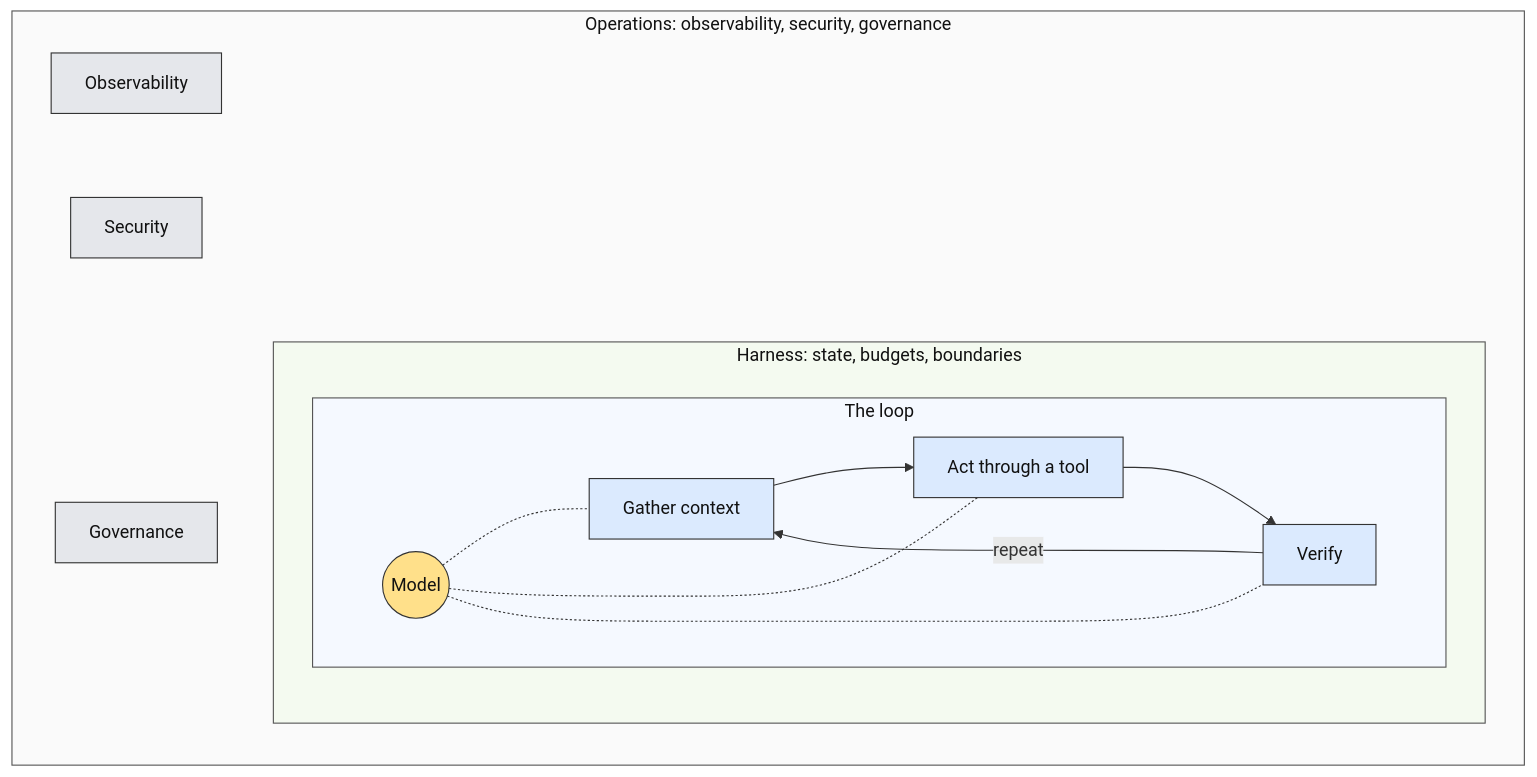
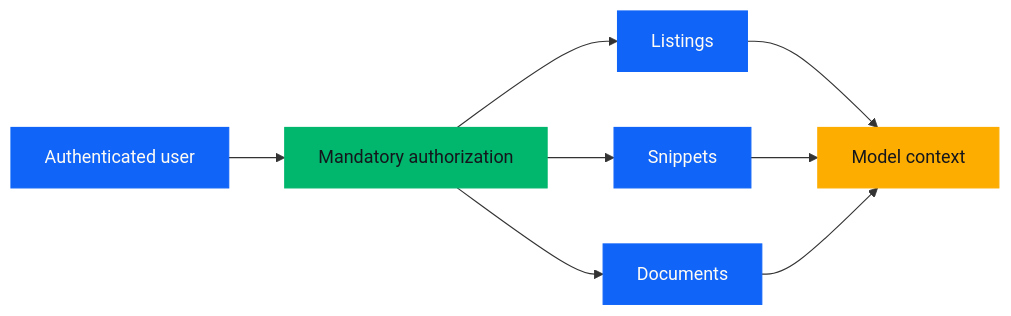
Before and after one commit to sequenzia/beyond-the-coding-agent-v0: the first of 4 diagrams in slides/02-anatomy.md, drawn with Mermaid. The commit also changed other lines of this file and 18 other files, not shown here.

````diff
--- a/slides/02-anatomy.md
+++ b/slides/02-anatomy.md
@@ -46,29 +148,13 @@
 ```mermaid
-flowchart TB
-  subgraph OPS["Operations: observability, security, governance"]
-    direction TB
-    subgraph HARNESS["Harness: state, budgets, boundaries"]
-      direction TB
-      subgraph LOOP["The loop"]
-        direction LR
-        M(("Model"))
-        G["Gather context"] --> A["Act through a tool"]
-        A --> V["Verify"]
-        V -- repeat --> G
-        M -.- G
-        M -.- A
-        M -.- V
-      end
-    end
-    OBS["Observability"] ~~~ SEC["Security"] ~~~ GOV["Governance"]
-  end
-  classDef model fill:#ffe08a,stroke:#333,color:#111
-  classDef step fill:#dbeafe,stroke:#333,color:#111
-  classDef ops fill:#e5e7eb,stroke:#333,color:#111
-  class M model
-  class G,A,V step
-  class OBS,SEC,GOV ops
-  style LOOP fill:#f5f9ff,stroke:#555,color:#111
-  style HARNESS fill:#f4faf0,stroke:#555,color:#111
-  style OPS fill:#fafafa,stroke:#555,color:#111
+flowchart LR
+ U[Authenticated user]:::step --> A[Mandatory authorization]:::check
+ A --> L[Listings]:::step
+ A --> S[Snippets]:::step
+ A --> D[Documents]:::step
+ L --> C[Model context]:::model
+ S --> C
+ D --> C
+ classDef step fill:#1064f8,color:#fffcf5,stroke:#1064f8
+ classDef check fill:#01b66d,color:#14161c,stroke:#01b66d
+ classDef model fill:#fdad00,color:#14161c,stroke:#fdad00
 ```
````
